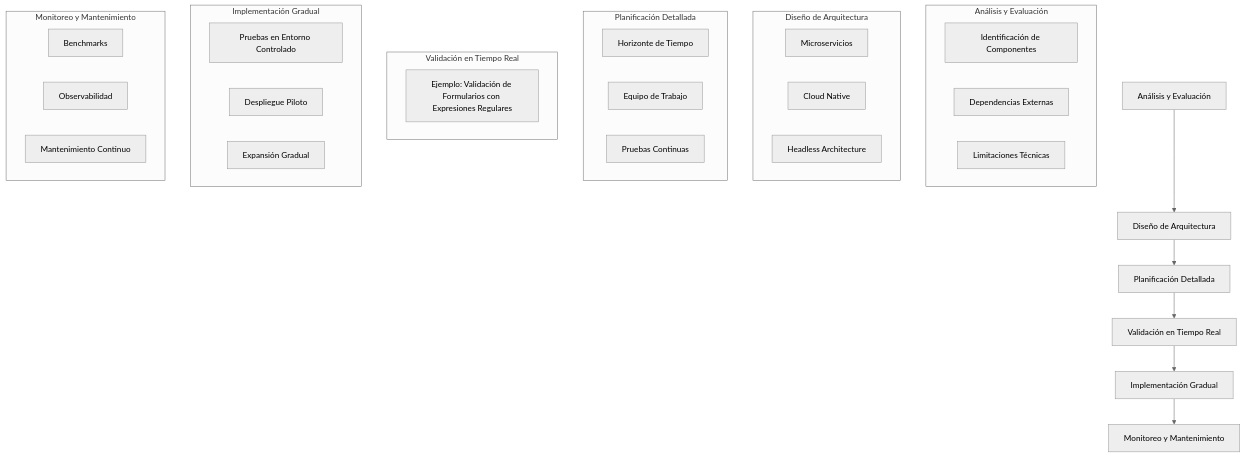
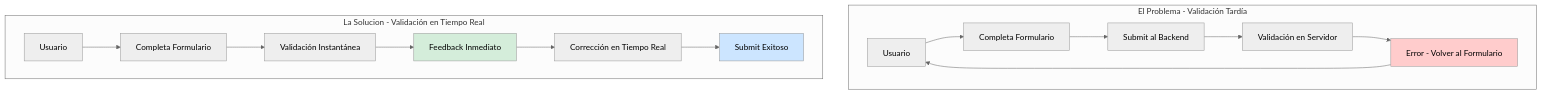
Before and after one commit to Joaquinriosheredia/DAM-Java-Mastery: the first of 3 diagrams in 09_Frontend_Mobile/std_frontend:_validación_de_formularios_en_tiempo_real_con_expresiones_regulares_20260329_1436.md, drawn with Mermaid (neutral theme). The commit also changed other lines of this file, not shown here.

Commit message:
std_frontend:_validación_de_formularios_en_tiempo_real_con_expresiones_regulares_20260329_1436.md

````diff
--- a/09_Frontend_Mobile/std_frontend:_validación_de_formularios_en_tiempo_real_con_expresiones_regulares_20260329_1436.md
+++ b/09_Frontend_Mobile/std_frontend:_validación_de_formularios_en_tiempo_real_con_expresiones_regulares_20260329_1436.md
@@ -516,42 +76,21 @@
 ```mermaid
-graph TD;
-    A[Análisis y Evaluación] --> B[Diseño de Arquitectura];
-    B --> C[Planificación Detallada];
-    C --> D[Validación en Tiempo Real];
-    D --> E[Implementación Gradual];
-    E --> F[Monitoreo y Mantenimiento];
-
-    subgraph "Análisis y Evaluación"
-        A1[Identificación de Componentes]
-        A2[Dependencias Externas]
-        A3[Limitaciones Técnicas]
+graph TD
+    subgraph "El Problema - Validación Tardía"
+        USER[Usuario] --> FORM[Completa Formulario]
+        FORM --> SUBMIT[Submit al Backend]
+        SUBMIT --> VALID[Validación en Servidor]
+        VALID --> ERROR[Error - Volver al Formulario]
+        ERROR --> USER
+        style ERROR fill:#ffcccc
     end
 
-    subgraph "Diseño de Arquitectura"
-        B1[Microservicios]
-        B2[Cloud Native]
-        B3[Headless Architecture]
-    end
-
-    subgraph "Planificación Detallada"
-        C1[Horizonte de Tiempo]
-        C2[Equipo de Trabajo]
-        C3[Pruebas Continuas]
-    end
-
-    subgraph "Validación en Tiempo Real"
-        D1[Ejemplo: Validación de Formularios con Expresiones Regulares]
-    end
-
-    subgraph "Implementación Gradual"
-        E1[Pruebas en Entorno Controlado]
-        E2[Despliegue Piloto]
-        E3[Expansión Gradual]
-    end
-
-    subgraph "Monitoreo y Mantenimiento"
-        F1[Benchmarks]
-        F2[Observabilidad]
-        F3[Mantenimiento Continuo]
+    subgraph "La Solucion - Validación en Tiempo Real"
+        USER2[Usuario] --> FORM2[Completa Formulario]
+        FORM2 --> VALID2[Validación Instantánea]
+        VALID2 --> FEEDBACK[Feedback Inmediato]
+        FEEDBACK --> CORRECT[Corrección en Tiempo Real]
+        CORRECT --> SUBMIT2[Submit Exitoso]
+        style FEEDBACK fill:#d4edda
+        style SUBMIT2 fill:#cce5ff
     end
 ```
````
